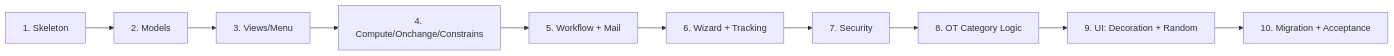
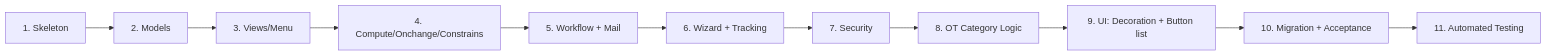
One commit to duyanhdo1010/ot_registration changed the diagram in Roadmap.md. Above: the diagram before and after it, drawn with Mermaid. The commit also changed other lines of this file, not shown here.

Commit message:
fix: roadmap improvement

````diff
--- a/Roadmap.md
+++ b/Roadmap.md
@@ -33,12 +59,13 @@
 ```mermaid
 flowchart LR
     C1[1. Skeleton] --> C2[2. Models]
     C2 --> C3[3. Views/Menu]
     C3 --> C4[4. Compute/Onchange/Constrains]
     C4 --> C5[5. Workflow + Mail]
     C5 --> C6[6. Wizard + Tracking]
     C6 --> C7[7. Security]
     C7 --> C8[8. OT Category Logic]
-    C8 --> C9[9. UI: Decoration + Random]
+    C8 --> C9[9. UI: Decoration + Button list]
     C9 --> C10[10. Migration + Acceptance]
+    C10 --> C11[11. Automated Testing]
 ```
````
